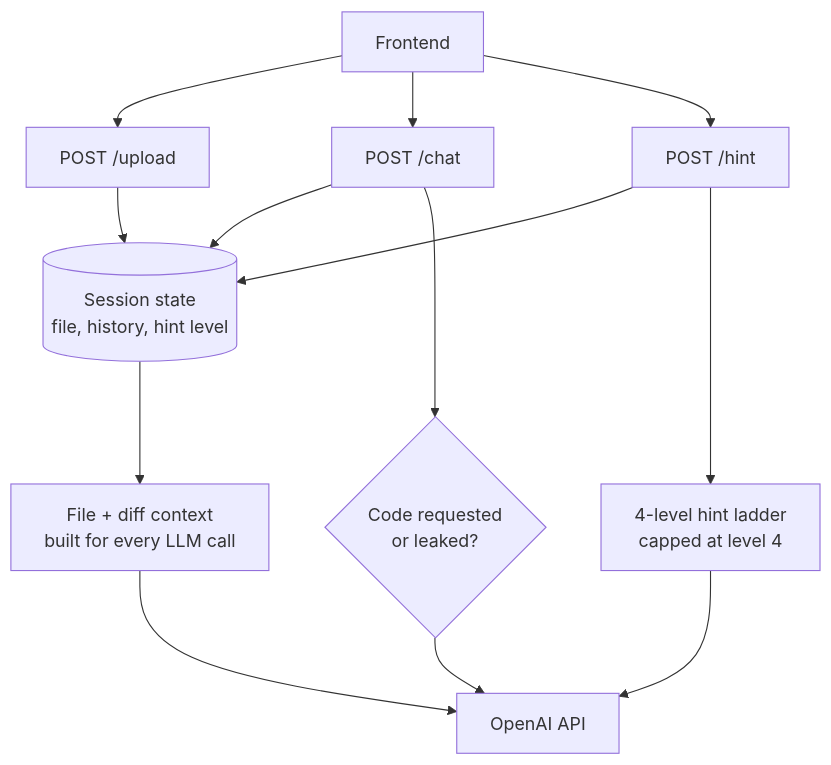
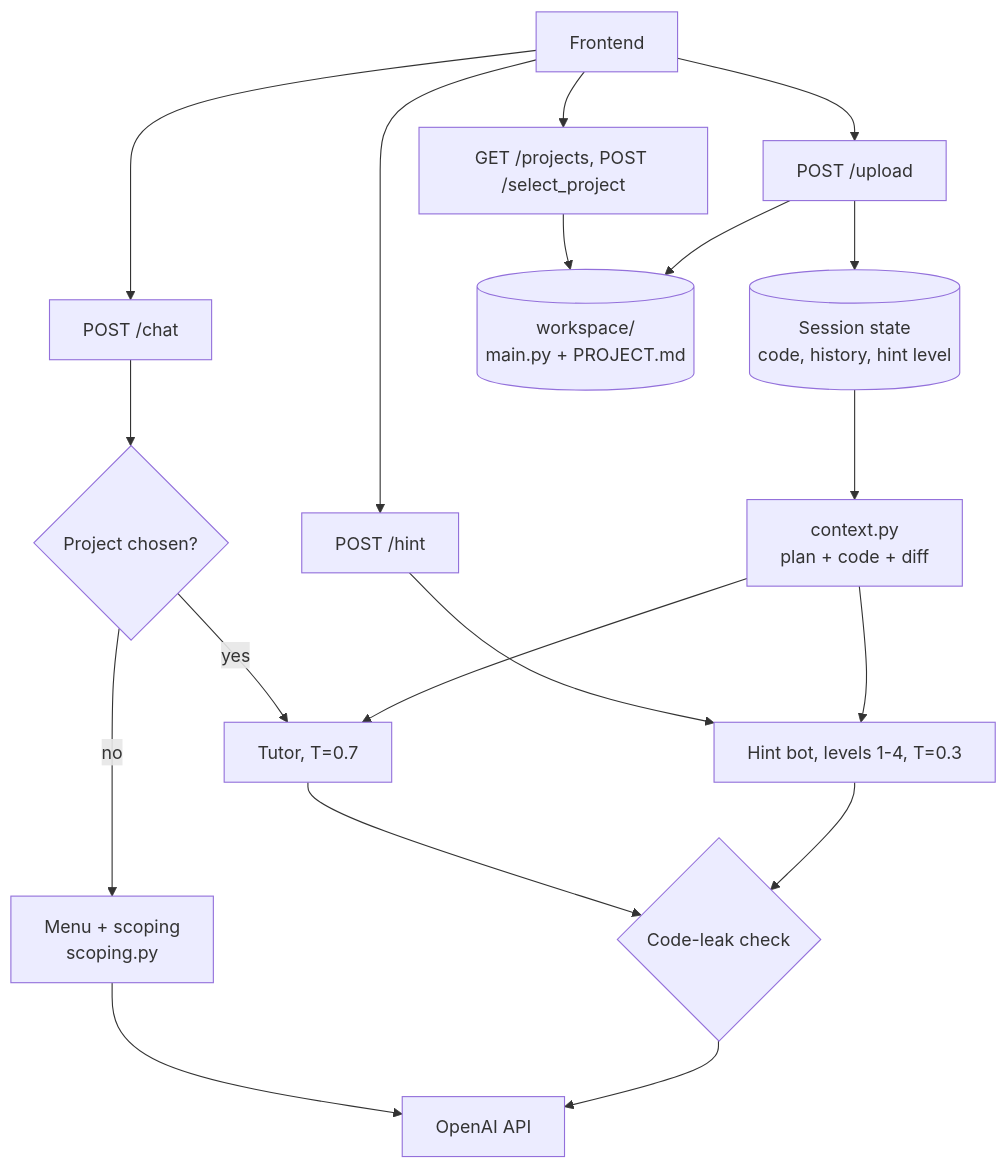
One commit to intishar-rafi/ai-programming-tutor-backend changed the diagram in README.md. Above: the diagram before and after it, drawn with Mermaid. The commit also changed other lines of this file, not shown here.

````diff
--- a/README.md
+++ b/README.md
@@ -15,19 +29,26 @@
 ```mermaid
 flowchart TD
-    client[Frontend] --> upload[POST /upload]
-    client --> chat[POST /chat]
+    client[Frontend] --> chat[POST /chat]
     client --> hint[POST /hint]
+    client --> upload[POST /upload]
+    client --> projects[GET /projects, POST /select_project]
 
-    upload --> state[(Session state<br/>file, history, hint level)]
-    chat --> state
-    hint --> state
+    chat --> menu{Project chosen?}
+    menu -- no --> scoping[Menu + scoping<br/>scoping.py]
+    menu -- yes --> tutor[Tutor, T=0.7]
 
-    chat --> guardrail{Code requested<br/>or leaked?}
-    hint --> ladder[4-level hint ladder<br/>capped at level 4]
+    hint --> ladder[Hint bot, levels 1-4, T=0.3]
 
-    guardrail --> llm[OpenAI API]
-    ladder --> llm
+    upload --> state[(Session state<br/>code, history, hint level)]
+    projects --> files[(workspace/<br/>main.py + PROJECT.md)]
+    upload --> files
 
-    state --> context[File + diff context<br/>built for every LLM call]
-    context --> llm
+    state --> context[context.py<br/>plan + code + diff]
+    context --> tutor
+    context --> ladder
+
+    tutor --> check{Code-leak check}
+    ladder --> check
+    scoping --> llm[OpenAI API]
+    check --> llm
 ```
````
